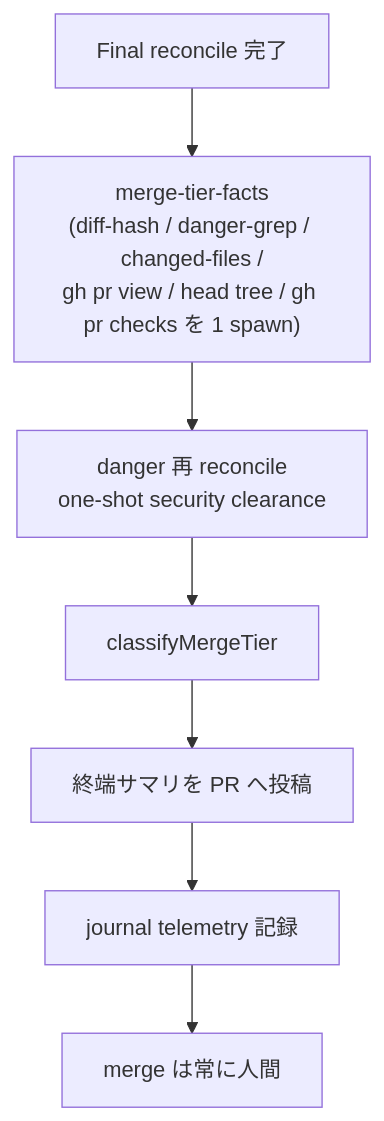
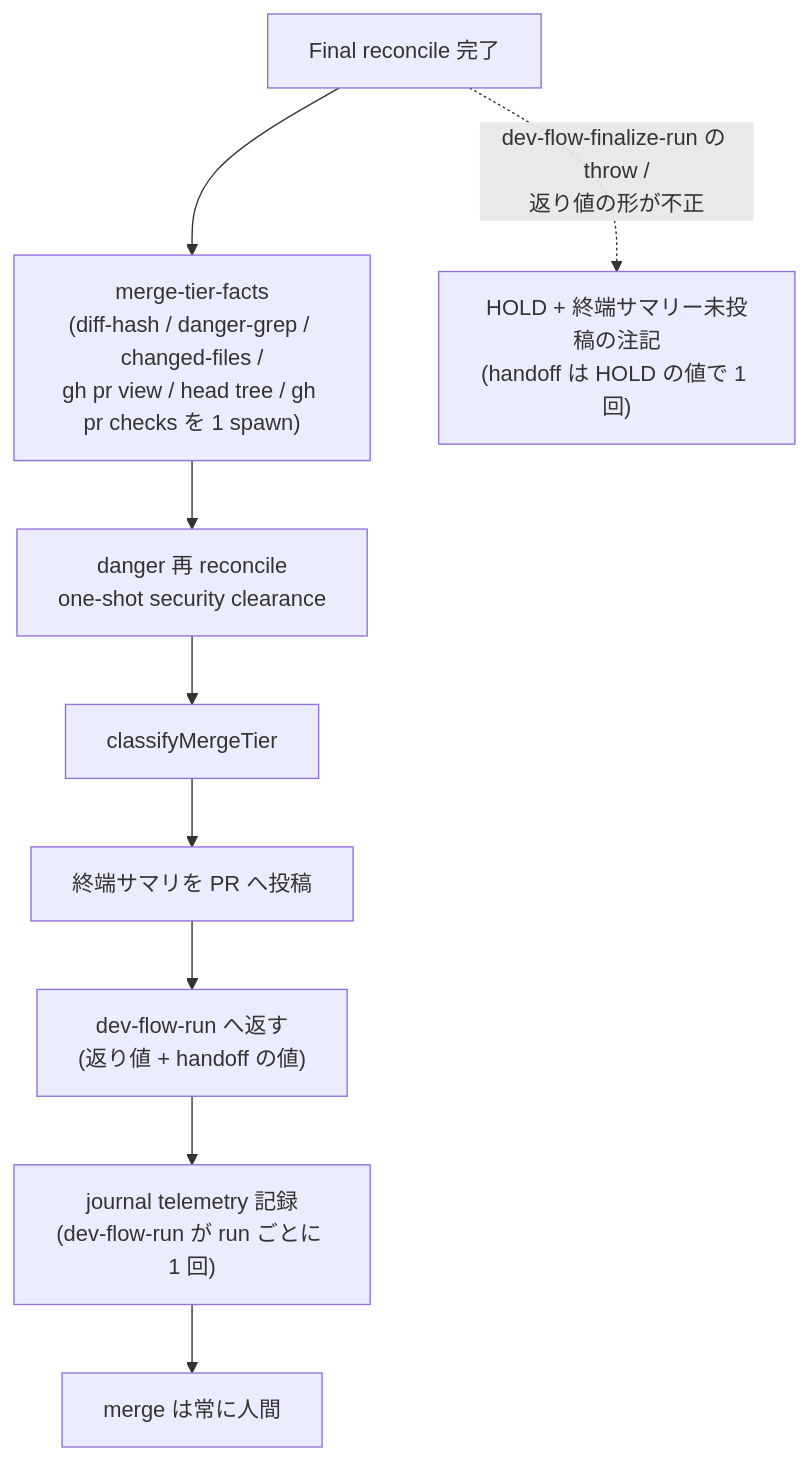
Before and after one commit to it-all-playpark/claude-plugins: the tenth of 13 diagrams in docs/dev-flow-atlas.md, drawn with Mermaid. The commit also changed other lines of this file and 15 other files, not shown here.

First line of the commit message:
refactor(dev-flow): dev-flow.js を工程の起動だけを持つ orchestrator にする構造を決め、pr-iterate 後の工程（Final reconcile・Merge tier・終端サマリー）を別 workflow に切り出す (#1262)

````diff
--- a/docs/dev-flow-atlas.md
+++ b/docs/dev-flow-atlas.md
@@ -255,9 +258,11 @@
 ```mermaid
 flowchart TD
     IN["Final reconcile 完了"] --> M0["merge-tier-facts<br/>(diff-hash / danger-grep / changed-files /<br/>gh pr view / head tree / gh pr checks を 1 spawn)"]
     M0 --> M1["danger 再 reconcile<br/>one-shot security clearance"]
     M1 --> M2["classifyMergeTier"]
     M2 --> M3["終端サマリを PR へ投稿"]
-    M3 --> M4["journal telemetry 記録"]
+    M3 --> RET["dev-flow-run へ返す<br/>(返り値 + handoff の値)"]
+    RET --> M4["journal telemetry 記録<br/>(dev-flow-run が run ごとに 1 回)"]
     M4 --> HU["merge は常に人間"]
+    IN -.->|"dev-flow-finalize-run の throw /<br/>返り値の形が不正"| FH["HOLD + 終端サマリー未投稿の注記<br/>(handoff は HOLD の値で 1 回)"]
 ```
````
